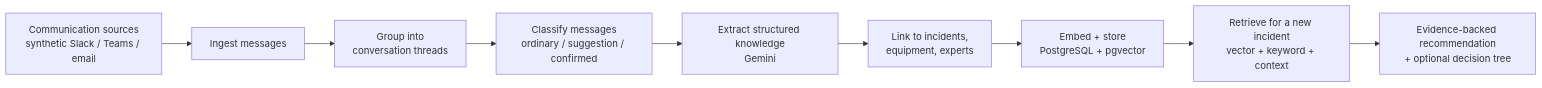
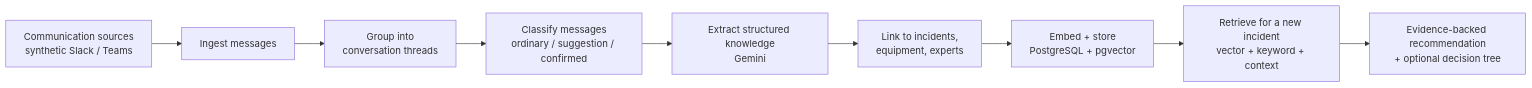
The first of 2 diagrams in docs/architecture.md (suheda-snr/ElisaEcho), drawn with Mermaid before and after one commit. The commit also changed other lines of this file and 10 other files, not shown here.

````diff
--- a/docs/architecture.md
+++ b/docs/architecture.md
@@ -42,11 +42,11 @@
 ```mermaid
 flowchart LR
-    A[Communication sources<br/>synthetic Slack / Teams / email] --> B[Ingest messages]
+    A[Communication sources<br/>synthetic Slack / Teams] --> B[Ingest messages]
     B --> C[Group into<br/>conversation threads]
     C --> D[Classify messages<br/>ordinary / suggestion / confirmed]
     D --> E[Extract structured knowledge<br/>Gemini]
     E --> F[Link to incidents,<br/>equipment, experts]
     F --> G[Embed + store<br/>PostgreSQL + pgvector]
     G --> H[Retrieve for a new incident<br/>vector + keyword + context]
     H --> I[Evidence-backed recommendation<br/>+ optional decision tree]
 ```
````
